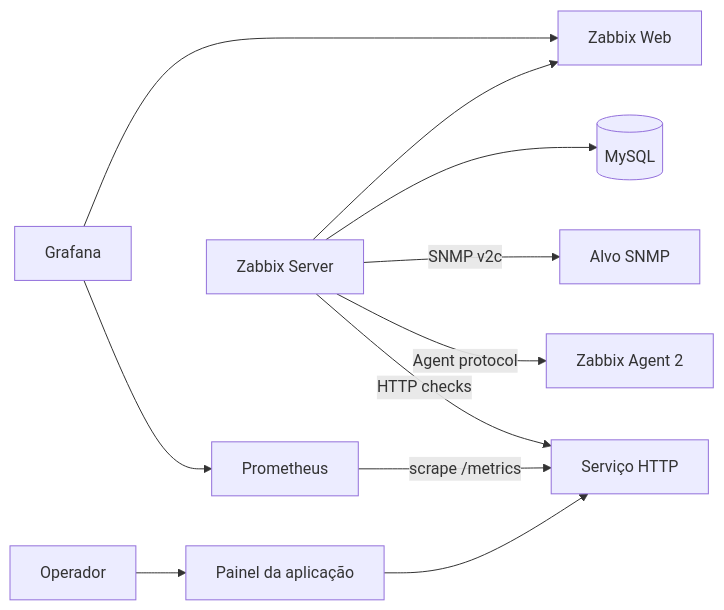
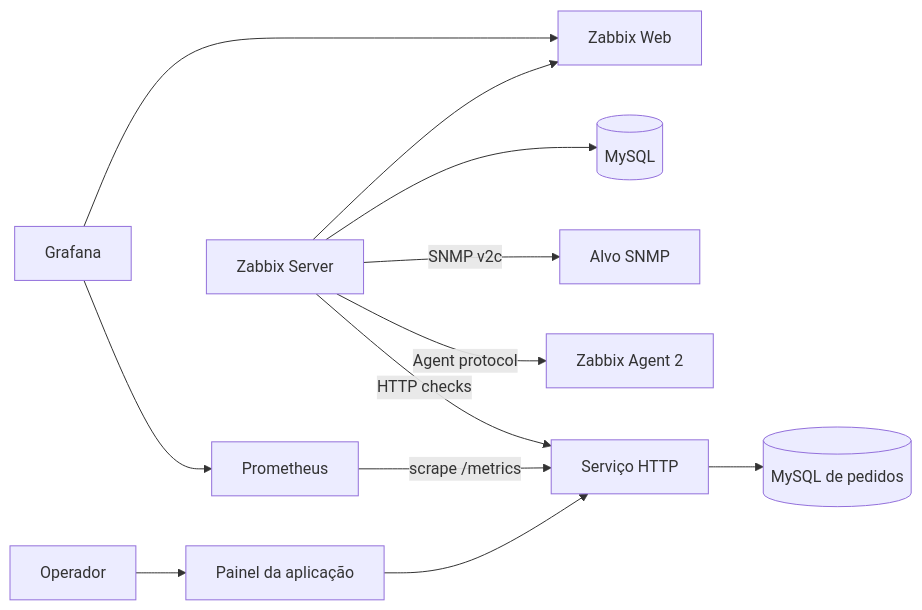
Before and after one commit to lipeinacio/observability-lab: the diagram in README.md, drawn with Mermaid. The commit also changed other lines of this file and 12 other files, not shown here.

````diff
--- a/README.md
+++ b/README.md
@@ -24,13 +25,14 @@
 ```mermaid
 flowchart LR
     U[Operador] --> APP[Painel da aplicação]
     APP --> API[Serviço HTTP]
+    API --> BDB[(MySQL de pedidos)]
     Z[Zabbix Server] -->|HTTP checks| API
     Z -->|Agent protocol| AG[Zabbix Agent 2]
     Z -->|SNMP v2c| SNMP[Alvo SNMP]
     Z --> DB[(MySQL)]
     P[Prometheus] -->|scrape /metrics| API
     G[Grafana] --> P
     G --> ZW[Zabbix API]
     Z --> ZW[Zabbix Web]
 ```
````
